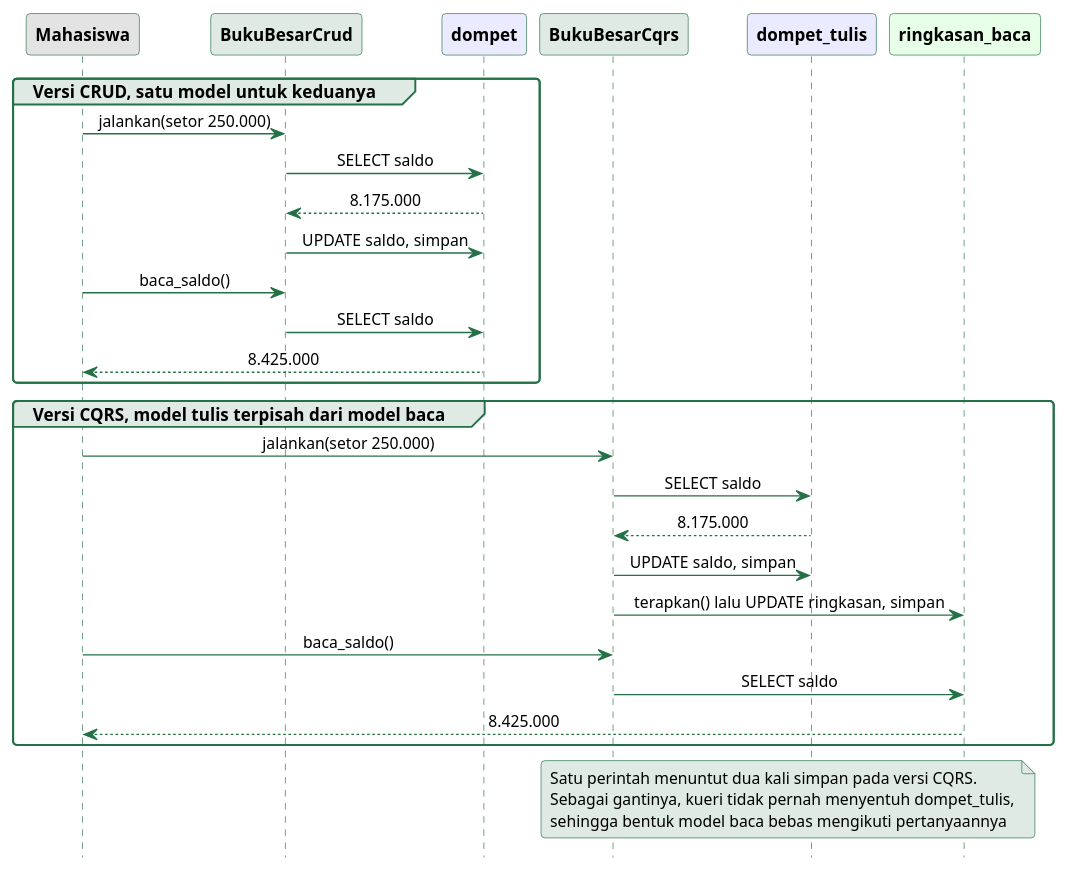
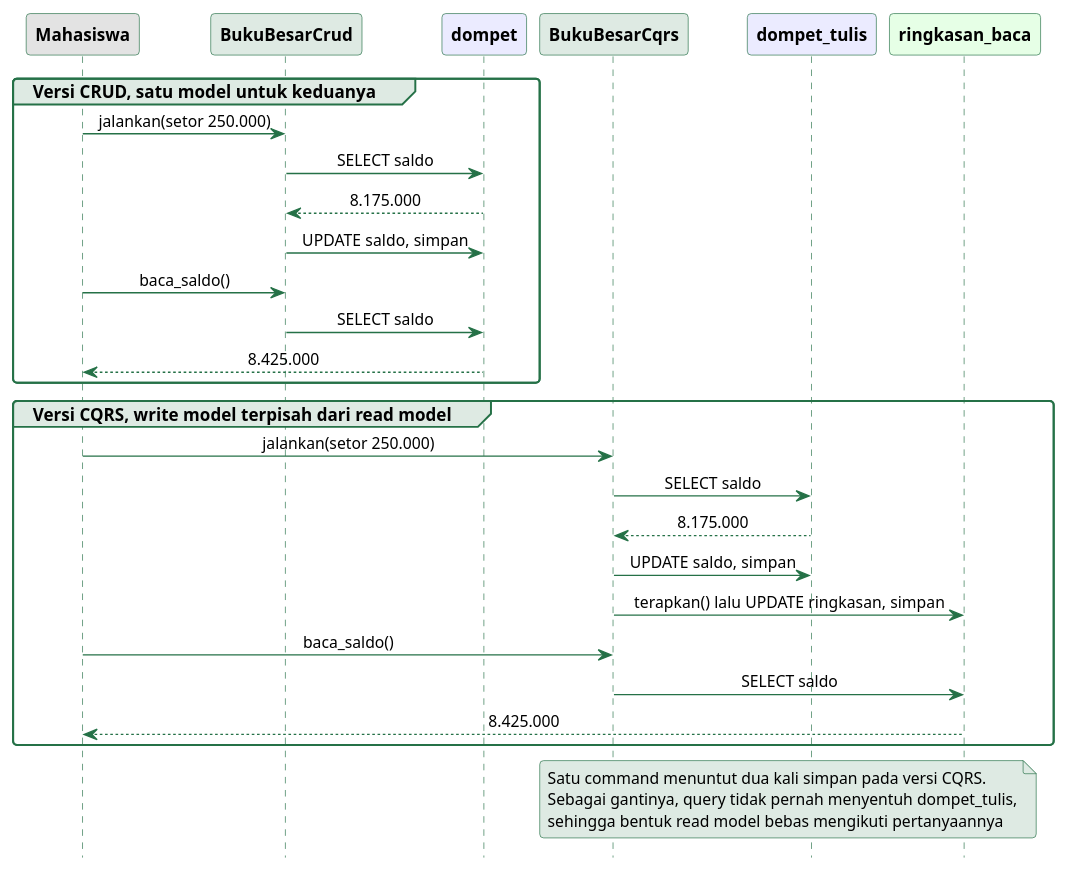
The diagram in sources/chapter10/diagram/sekuens-cqrs.puml (alfa-yohannis/software-architecture), drawn with PlantUML before and after one commit. The commit also changed other lines of this file and 28 other files, not shown here.

```diff
--- a/sources/chapter10/diagram/sekuens-cqrs.puml
+++ b/sources/chapter10/diagram/sekuens-cqrs.puml
@@ -12,60 +12,60 @@
 @startuml
 skinparam backgroundColor transparent
 skinparam defaultFontName Titillium Web
 skinparam defaultFontSize 13
 skinparam shadowing false
 skinparam roundCorner 6
 skinparam sequenceMessageAlignment center
 skinparam sequence {
   ArrowColor #257147
   ArrowFontSize 12
   LifeLineBorderColor #257147
   LifeLineBackgroundColor #DEEAE3
   ParticipantBorderColor #257147
   ParticipantFontColor black
   ParticipantFontSize 13
   ParticipantFontStyle bold
   GroupBackgroundColor #DEEAE3
   GroupBorderColor #257147
 }
 skinparam note {
   BackgroundColor #DEEAE3
   BorderColor #257147
   FontSize 12
 }
 hide footbox
 
 participant Mahasiswa as U #E3E3E3
 participant BukuBesarCrud as C #DEEAE3
 participant "dompet" as D #EBEBFF
 participant BukuBesarCqrs as Q #DEEAE3
 participant "dompet_tulis" as T #EBEBFF
 participant "ringkasan_baca" as B #E6FFE6
 
 group Versi CRUD, satu model untuk keduanya
   U -> C : jalankan(setor 250.000)
   C -> D : SELECT saldo
   D --> C : 8.175.000
   C -> D : UPDATE saldo, simpan
   U -> C : baca_saldo()
   C -> D : SELECT saldo
   D --> U : 8.425.000
 end
 
-group Versi CQRS, model tulis terpisah dari model baca
+group Versi CQRS, write model terpisah dari read model
   U -> Q : jalankan(setor 250.000)
   Q -> T : SELECT saldo
   T --> Q : 8.175.000
   Q -> T : UPDATE saldo, simpan
   Q -> B : terapkan() lalu UPDATE ringkasan, simpan
   U -> Q : baca_saldo()
   Q -> B : SELECT saldo
   B --> U : 8.425.000
 end
 
 note over Q, B
-  Satu perintah menuntut dua kali simpan pada versi CQRS.
-  Sebagai gantinya, kueri tidak pernah menyentuh dompet_tulis,
-  sehingga bentuk model baca bebas mengikuti pertanyaannya
+  Satu command menuntut dua kali simpan pada versi CQRS.
+  Sebagai gantinya, query tidak pernah menyentuh dompet_tulis,
+  sehingga bentuk read model bebas mengikuti pertanyaannya
 end note
 @enduml
```
